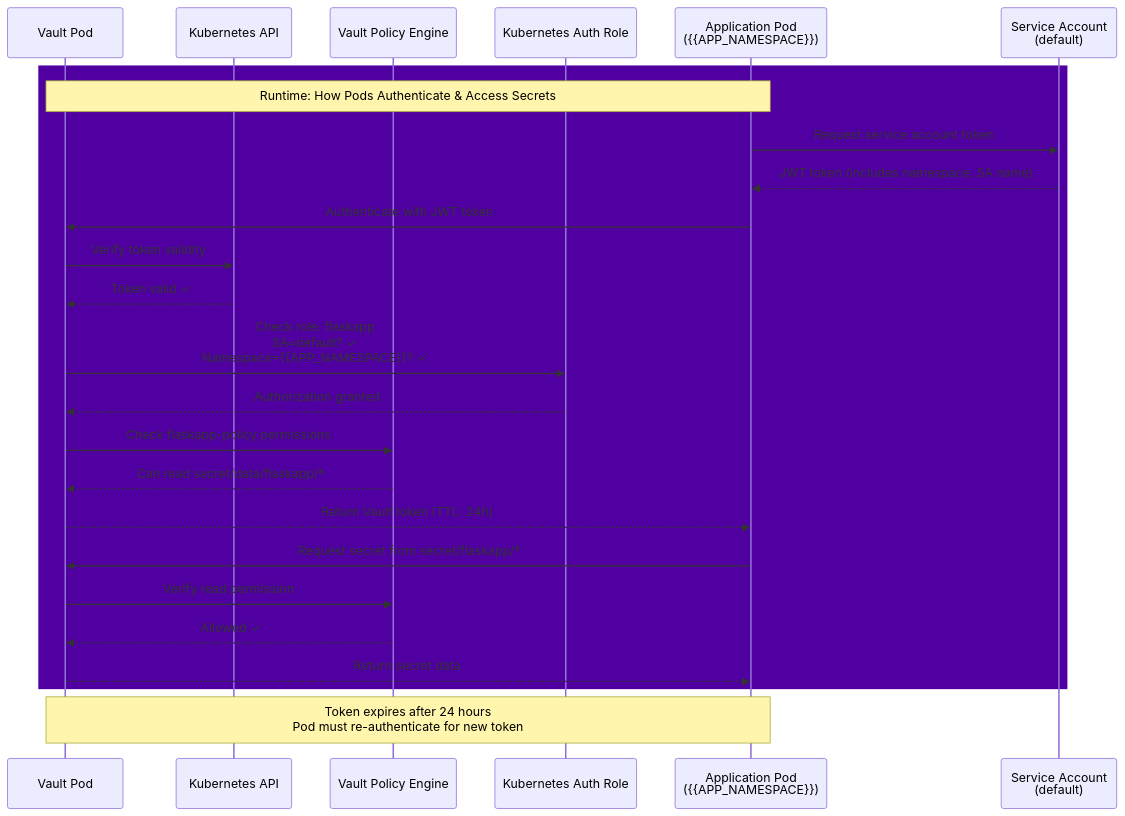
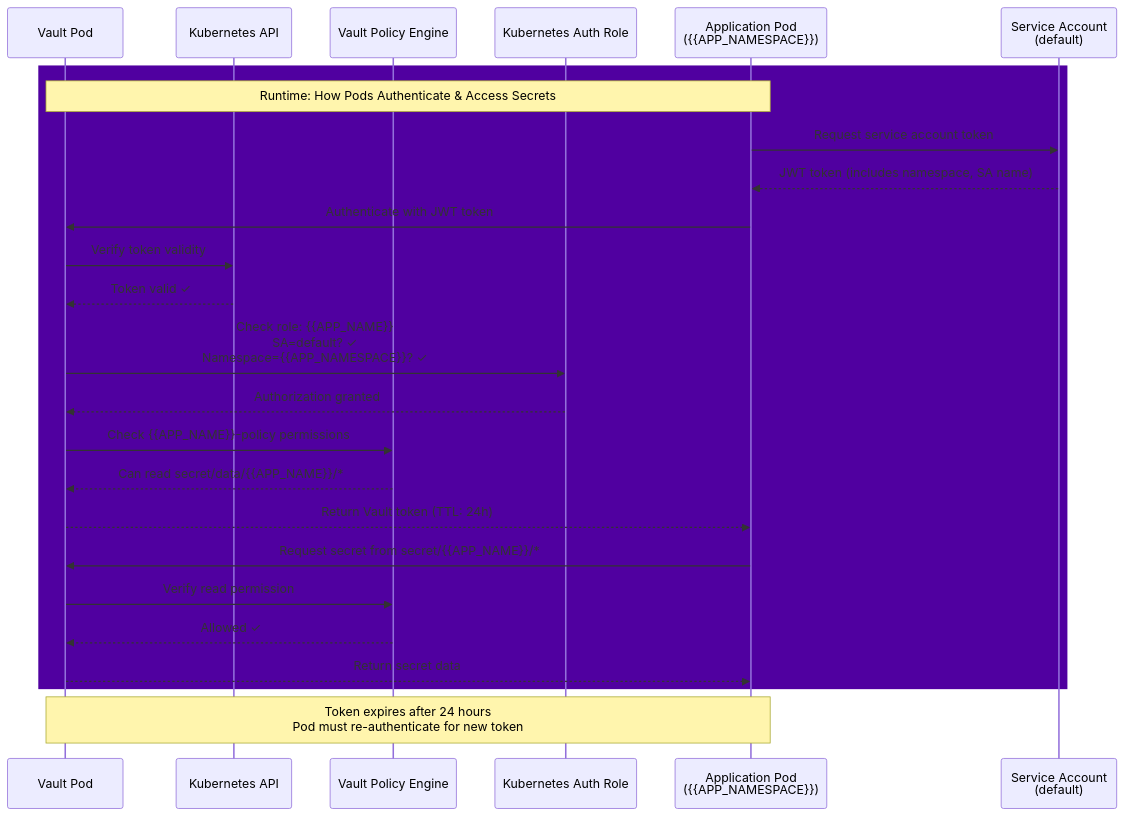
One commit to omeyazic/gitops-training-with-runbook changed the diagram in docs/gitops-pipeline-runbook-master.md. Above: the diagram before and after it, drawn with Mermaid. The commit also changed other lines of this file, not shown here.

First line of the commit message:
Refactor GitOps runbook to parameterize application name

````diff
--- a/docs/gitops-pipeline-runbook-master.md
+++ b/docs/gitops-pipeline-runbook-master.md
@@ -2120,32 +2120,32 @@
 ```mermaid
 sequenceDiagram
    
     participant Vault as Vault Pod
     participant K8sAPI as Kubernetes API
     participant Policy as Vault Policy Engine
     participant Role as Kubernetes Auth Role
     participant Pod as Application Pod<br/>({{APP_NAMESPACE}})
     participant SA as Service Account<br/>(default)
 
 
     rect rgb(80, 0, 160)
         Note over Pod,Vault: Runtime: How Pods Authenticate & Access Secrets
         Pod->>SA: Request service account token
         SA-->>Pod: JWT token (includes namespace, SA name)
         Pod->>Vault: Authenticate with JWT token
         Vault->>K8sAPI: Verify token validity
         K8sAPI-->>Vault: Token valid ✓
-        Vault->>Role: Check role: flaskapp<br/>SA=default? ✓<br/>Namespace={{APP_NAMESPACE}}? ✓
+        Vault->>Role: Check role: {{APP_NAME}}<br/>SA=default? ✓<br/>Namespace={{APP_NAMESPACE}}? ✓
         Role-->>Vault: Authorization granted
-        Vault->>Policy: Check flaskapp-policy permissions
-        Policy-->>Vault: Can read secret/data/flaskapp/*
+        Vault->>Policy: Check {{APP_NAME}}-policy permissions
+        Policy-->>Vault: Can read secret/data/{{APP_NAME}}/*
         Vault-->>Pod: Return Vault token (TTL: 24h)
-        Pod->>Vault: Request secret from secret/flaskapp/*
+        Pod->>Vault: Request secret from secret/{{APP_NAME}}/*
         Vault->>Policy: Verify read permission
         Policy-->>Vault: Allowed ✓
         Vault-->>Pod: Return secret data
     end
 
     Note over Pod,Vault: Token expires after 24 hours<br/>Pod must re-authenticate for new token
 
 ```
````
